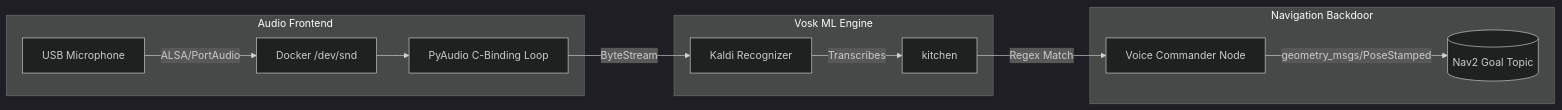
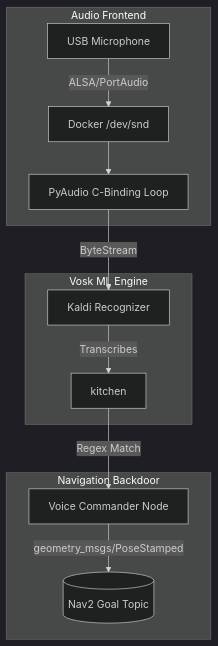
Before and after one commit to CagriCatik/JetRacer: the diagram in docs/07_Voice_Commander_Stack.md, drawn with Mermaid (dark theme). The commit also changed other lines of this file and 90 other files, not shown here.

````diff
--- a/docs/07_Voice_Commander_Stack.md
+++ b/docs/07_Voice_Commander_Stack.md
@@ -12,17 +13,17 @@
 ```mermaid
-graph LR
+graph TD
     subgraph Audio Frontend
       MIC[USB Microphone] -->|ALSA/PortAudio| DOCK[Docker /dev/snd]
       DOCK --> PY[PyAudio C-Binding Loop]
     end
 
     subgraph Vosk ML Engine
       PY -->|ByteStream| INF[Kaldi Recognizer]
       INF -->|Transcribes| STR["kitchen"]
     end
 
     subgraph Navigation Backdoor
       STR -->|Regex Match| HNDL[Voice Commander Node]
       HNDL -->|geometry_msgs/PoseStamped| NAV[(Nav2 Goal Topic)]
     end
 ```
````
